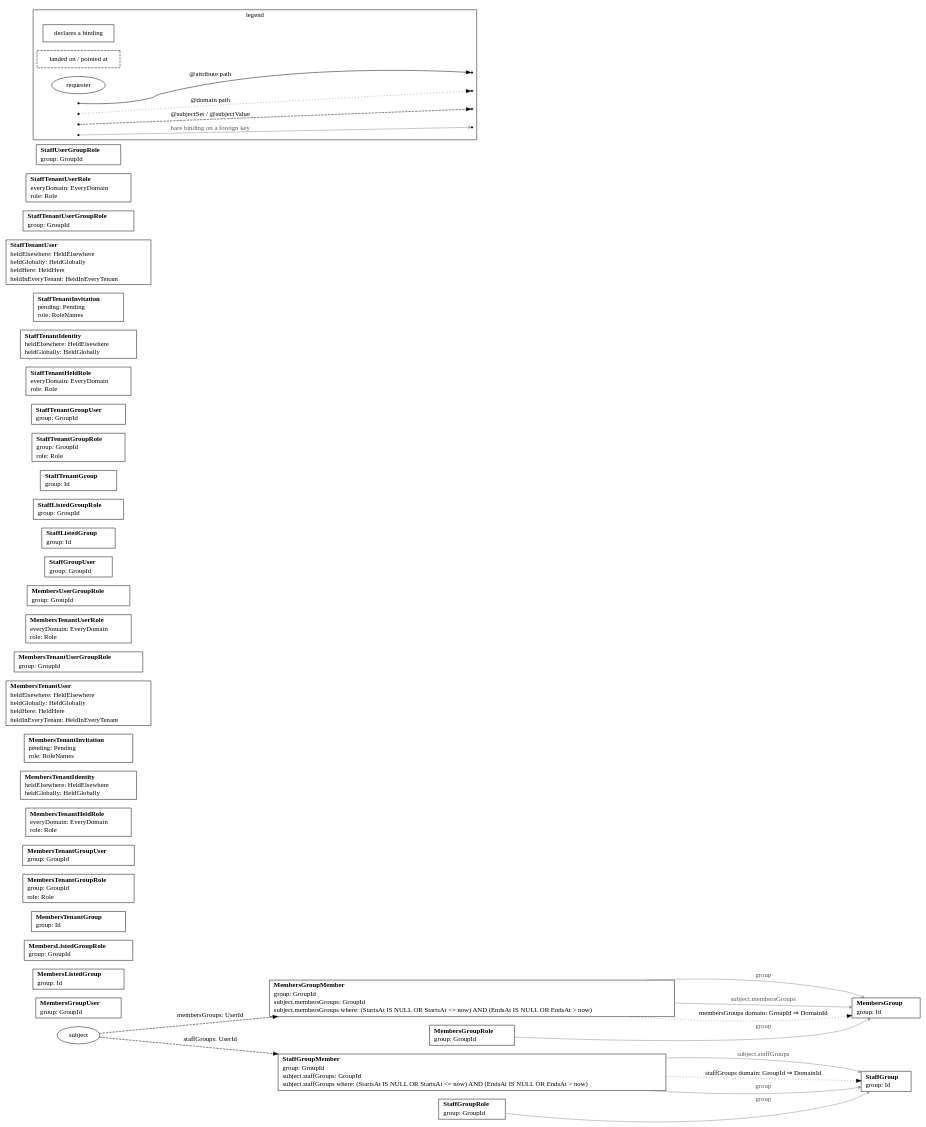
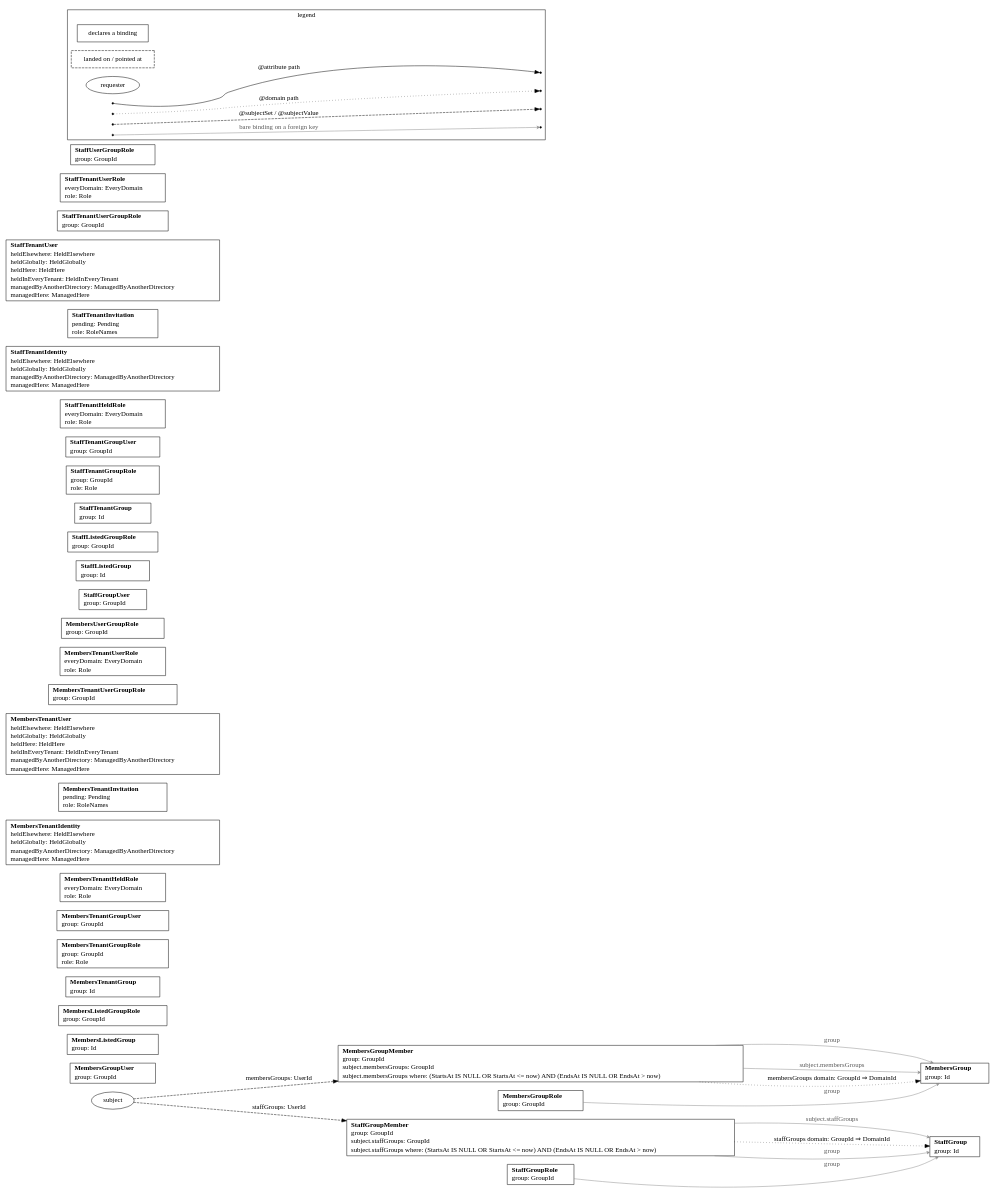
One commit to impulseframework/impulse changed the diagram in cmd/impulse/internal/skeleton/_candidates/outlets/pkg/resources/zz_gen_bindings.dot. Above: the diagram before and after it, drawn with Graphviz. The commit also changed 145 other files, not shown here.

Commit message:
feature: a tenant's lists say whether the tenant manages each account, and a tenant with a directory lists everyone who signs in through it

```diff
--- a/cmd/impulse/internal/skeleton/_candidates/outlets/pkg/resources/zz_gen_bindings.dot
+++ b/cmd/impulse/internal/skeleton/_candidates/outlets/pkg/resources/zz_gen_bindings.dot
@@ -1,83 +1,83 @@
 // Code generated by resourcegeneration. DO NOT EDIT.
 // Bindings: every attribute and subject binding this package declares. A box per
 // declaring resource lists its bare bindings as `name: column`; dashed boxes are
 // the tables a path lands on or a foreign key points at; the subject ellipse is
 // the requester, entering each anchor once with every name it yields there. One
 // edge per hop, drawn once however many paths share it: solid for @attribute,
 // dotted for @domain, dashed for a subject binding, labeled `name: column` on a
 // continuing hop and `name: column ⇒ column` where the path terminates; a thin
 // gray edge points a bare binding on a foreign key at its table. Facts only: no
 // grant or condition is drawn.
 // A subject set that writes a who: or a where: part lists each under the set, in
 // the columns' names: who: says which rows are the requester's, where: which of
 // those rows count. A set that builds on another is a dashed edge from the
 // resource declaring that other set, labeled `name: column IN subject.other`.
 // A subject set that writes a domain: part says where its rows' tenant is found,
 // and in a request with a tenant the set holds that tenant's rows alone. The path
 // is drawn dotted, as @domain's is, under the set's name: `name domain: column` on
 // a continuing hop and `name domain: column ⇒ column` where it reads the tenant.
 digraph Bindings {
 	rankdir=LR;
 	node [shape=box];
 	"MembersGroup" [label=<<table border="0" cellborder="0" cellspacing="0" cellpadding="1"><tr><td align="left"><b>MembersGroup</b></td></tr><tr><td align="left">group: Id</td></tr></table>>];
 	"MembersGroupMember" [label=<<table border="0" cellborder="0" cellspacing="0" cellpadding="1"><tr><td align="left"><b>MembersGroupMember</b></td></tr><tr><td align="left">group: GroupId</td></tr><tr><td align="left">subject.membersGroups: GroupId</td></tr><tr><td align="left">subject.membersGroups where: (StartsAt IS NULL OR StartsAt &lt;= now) AND (EndsAt IS NULL OR EndsAt &gt; now)</td></tr></table>>];
 	"MembersGroupRole" [label=<<table border="0" cellborder="0" cellspacing="0" cellpadding="1"><tr><td align="left"><b>MembersGroupRole</b></td></tr><tr><td align="left">group: GroupId</td></tr></table>>];
 	"MembersGroupUser" [label=<<table border="0" cellborder="0" cellspacing="0" cellpadding="1"><tr><td align="left"><b>MembersGroupUser</b></td></tr><tr><td align="left">group: GroupId</td></tr></table>>];
 	"MembersListedGroup" [label=<<table border="0" cellborder="0" cellspacing="0" cellpadding="1"><tr><td align="left"><b>MembersListedGroup</b></td></tr><tr><td align="left">group: Id</td></tr></table>>];
 	"MembersListedGroupRole" [label=<<table border="0" cellborder="0" cellspacing="0" cellpadding="1"><tr><td align="left"><b>MembersListedGroupRole</b></td></tr><tr><td align="left">group: GroupId</td></tr></table>>];
 	"MembersTenantGroup" [label=<<table border="0" cellborder="0" cellspacing="0" cellpadding="1"><tr><td align="left"><b>MembersTenantGroup</b></td></tr><tr><td align="left">group: Id</td></tr></table>>];
 	"MembersTenantGroupRole" [label=<<table border="0" cellborder="0" cellspacing="0" cellpadding="1"><tr><td align="left"><b>MembersTenantGroupRole</b></td></tr><tr><td align="left">group: GroupId</td></tr><tr><td align="left">role: Role</td></tr></table>>];
 	"MembersTenantGroupUser" [label=<<table border="0" cellborder="0" cellspacing="0" cellpadding="1"><tr><td align="left"><b>MembersTenantGroupUser</b></td></tr><tr><td align="left">group: GroupId</td></tr></table>>];
 	"MembersTenantHeldRole" [label=<<table border="0" cellborder="0" cellspacing="0" cellpadding="1"><tr><td align="left"><b>MembersTenantHeldRole</b></td></tr><tr><td align="left">everyDomain: EveryDomain</td></tr><tr><td align="left">role: Role</td></tr></table>>];
-	"MembersTenantIdentity" [label=<<table border="0" cellborder="0" cellspacing="0" cellpadding="1"><tr><td align="left"><b>MembersTenantIdentity</b></td></tr><tr><td align="left">heldElsewhere: HeldElsewhere</td></tr><tr><td align="left">heldGlobally: HeldGlobally</td></tr></table>>];
+	"MembersTenantIdentity" [label=<<table border="0" cellborder="0" cellspacing="0" cellpadding="1"><tr><td align="left"><b>MembersTenantIdentity</b></td></tr><tr><td align="left">heldElsewhere: HeldElsewhere</td></tr><tr><td align="left">heldGlobally: HeldGlobally</td></tr><tr><td align="left">managedByAnotherDirectory: ManagedByAnotherDirectory</td></tr><tr><td align="left">managedHere: ManagedHere</td></tr></table>>];
 	"MembersTenantInvitation" [label=<<table border="0" cellborder="0" cellspacing="0" cellpadding="1"><tr><td align="left"><b>MembersTenantInvitation</b></td></tr><tr><td align="left">pending: Pending</td></tr><tr><td align="left">role: RoleNames</td></tr></table>>];
-	"MembersTenantUser" [label=<<table border="0" cellborder="0" cellspacing="0" cellpadding="1"><tr><td align="left"><b>MembersTenantUser</b></td></tr><tr><td align="left">heldElsewhere: HeldElsewhere</td></tr><tr><td align="left">heldGlobally: HeldGlobally</td></tr><tr><td align="left">heldHere: HeldHere</td></tr><tr><td align="left">heldInEveryTenant: HeldInEveryTenant</td></tr></table>>];
+	"MembersTenantUser" [label=<<table border="0" cellborder="0" cellspacing="0" cellpadding="1"><tr><td align="left"><b>MembersTenantUser</b></td></tr><tr><td align="left">heldElsewhere: HeldElsewhere</td></tr><tr><td align="left">heldGlobally: HeldGlobally</td></tr><tr><td align="left">heldHere: HeldHere</td></tr><tr><td align="left">heldInEveryTenant: HeldInEveryTenant</td></tr><tr><td align="left">managedByAnotherDirectory: ManagedByAnotherDirectory</td></tr><tr><td align="left">managedHere: ManagedHere</td></tr></table>>];
 	"MembersTenantUserGroupRole" [label=<<table border="0" cellborder="0" cellspacing="0" cellpadding="1"><tr><td align="left"><b>MembersTenantUserGroupRole</b></td></tr><tr><td align="left">group: GroupId</td></tr></table>>];
 	"MembersTenantUserRole" [label=<<table border="0" cellborder="0" cellspacing="0" cellpadding="1"><tr><td align="left"><b>MembersTenantUserRole</b></td></tr><tr><td align="left">everyDomain: EveryDomain</td></tr><tr><td align="left">role: Role</td></tr></table>>];
 	"MembersUserGroupRole" [label=<<table border="0" cellborder="0" cellspacing="0" cellpadding="1"><tr><td align="left"><b>MembersUserGroupRole</b></td></tr><tr><td align="left">group: GroupId</td></tr></table>>];
 	"StaffGroup" [label=<<table border="0" cellborder="0" cellspacing="0" cellpadding="1"><tr><td align="left"><b>StaffGroup</b></td></tr><tr><td align="left">group: Id</td></tr></table>>];
 	"StaffGroupMember" [label=<<table border="0" cellborder="0" cellspacing="0" cellpadding="1"><tr><td align="left"><b>StaffGroupMember</b></td></tr><tr><td align="left">group: GroupId</td></tr><tr><td align="left">subject.staffGroups: GroupId</td></tr><tr><td align="left">subject.staffGroups where: (StartsAt IS NULL OR StartsAt &lt;= now) AND (EndsAt IS NULL OR EndsAt &gt; now)</td></tr></table>>];
 	"StaffGroupRole" [label=<<table border="0" cellborder="0" cellspacing="0" cellpadding="1"><tr><td align="left"><b>StaffGroupRole</b></td></tr><tr><td align="left">group: GroupId</td></tr></table>>];
 	"StaffGroupUser" [label=<<table border="0" cellborder="0" cellspacing="0" cellpadding="1"><tr><td align="left"><b>StaffGroupUser</b></td></tr><tr><td align="left">group: GroupId</td></tr></table>>];
 	"StaffListedGroup" [label=<<table border="0" cellborder="0" cellspacing="0" cellpadding="1"><tr><td align="left"><b>StaffListedGroup</b></td></tr><tr><td align="left">group: Id</td></tr></table>>];
 	"StaffListedGroupRole" [label=<<table border="0" cellborder="0" cellspacing="0" cellpadding="1"><tr><td align="left"><b>StaffListedGroupRole</b></td></tr><tr><td align="left">group: GroupId</td></tr></table>>];
 	"StaffTenantGroup" [label=<<table border="0" cellborder="0" cellspacing="0" cellpadding="1"><tr><td align="left"><b>StaffTenantGroup</b></td></tr><tr><td align="left">group: Id</td></tr></table>>];
 	"StaffTenantGroupRole" [label=<<table border="0" cellborder="0" cellspacing="0" cellpadding="1"><tr><td align="left"><b>StaffTenantGroupRole</b></td></tr><tr><td align="left">group: GroupId</td></tr><tr><td align="left">role: Role</td></tr></table>>];
 	"StaffTenantGroupUser" [label=<<table border="0" cellborder="0" cellspacing="0" cellpadding="1"><tr><td align="left"><b>StaffTenantGroupUser</b></td></tr><tr><td align="left">group: GroupId</td></tr></table>>];
 	"StaffTenantHeldRole" [label=<<table border="0" cellborder="0" cellspacing="0" cellpadding="1"><tr><td align="left"><b>StaffTenantHeldRole</b></td></tr><tr><td align="left">everyDomain: EveryDomain</td></tr><tr><td align="left">role: Role</td></tr></table>>];
-	"StaffTenantIdentity" [label=<<table border="0" cellborder="0" cellspacing="0" cellpadding="1"><tr><td align="left"><b>StaffTenantIdentity</b></td></tr><tr><td align="left">heldElsewhere: HeldElsewhere</td></tr><tr><td align="left">heldGlobally: HeldGlobally</td></tr></table>>];
+	"StaffTenantIdentity" [label=<<table border="0" cellborder="0" cellspacing="0" cellpadding="1"><tr><td align="left"><b>StaffTenantIdentity</b></td></tr><tr><td align="left">heldElsewhere: HeldElsewhere</td></tr><tr><td align="left">heldGlobally: HeldGlobally</td></tr><tr><td align="left">managedByAnotherDirectory: ManagedByAnotherDirectory</td></tr><tr><td align="left">managedHere: ManagedHere</td></tr></table>>];
 	"StaffTenantInvitation" [label=<<table border="0" cellborder="0" cellspacing="0" cellpadding="1"><tr><td align="left"><b>StaffTenantInvitation</b></td></tr><tr><td align="left">pending: Pending</td></tr><tr><td align="left">role: RoleNames</td></tr></table>>];
-	"StaffTenantUser" [label=<<table border="0" cellborder="0" cellspacing="0" cellpadding="1"><tr><td align="left"><b>StaffTenantUser</b></td></tr><tr><td align="left">heldElsewhere: HeldElsewhere</td></tr><tr><td align="left">heldGlobally: HeldGlobally</td></tr><tr><td align="left">heldHere: HeldHere</td></tr><tr><td align="left">heldInEveryTenant: HeldInEveryTenant</td></tr></table>>];
+	"StaffTenantUser" [label=<<table border="0" cellborder="0" cellspacing="0" cellpadding="1"><tr><td align="left"><b>StaffTenantUser</b></td></tr><tr><td align="left">heldElsewhere: HeldElsewhere</td></tr><tr><td align="left">heldGlobally: HeldGlobally</td></tr><tr><td align="left">heldHere: HeldHere</td></tr><tr><td align="left">heldInEveryTenant: HeldInEveryTenant</td></tr><tr><td align="left">managedByAnotherDirectory: ManagedByAnotherDirectory</td></tr><tr><td align="left">managedHere: ManagedHere</td></tr></table>>];
 	"StaffTenantUserGroupRole" [label=<<table border="0" cellborder="0" cellspacing="0" cellpadding="1"><tr><td align="left"><b>StaffTenantUserGroupRole</b></td></tr><tr><td align="left">group: GroupId</td></tr></table>>];
 	"StaffTenantUserRole" [label=<<table border="0" cellborder="0" cellspacing="0" cellpadding="1"><tr><td align="left"><b>StaffTenantUserRole</b></td></tr><tr><td align="left">everyDomain: EveryDomain</td></tr><tr><td align="left">role: Role</td></tr></table>>];
 	"StaffUserGroupRole" [label=<<table border="0" cellborder="0" cellspacing="0" cellpadding="1"><tr><td align="left"><b>StaffUserGroupRole</b></td></tr><tr><td align="left">group: GroupId</td></tr></table>>];
 	"subject" [shape=ellipse];
 	"MembersGroupMember" -> "MembersGroup" [style=dotted, label="membersGroups domain: GroupId ⇒ DomainId"];
 	"StaffGroupMember" -> "StaffGroup" [style=dotted, label="staffGroups domain: GroupId ⇒ DomainId"];
 	"subject" -> "MembersGroupMember" [style=dashed, label="membersGroups: UserId"];
 	"subject" -> "StaffGroupMember" [style=dashed, label="staffGroups: UserId"];
 	"MembersGroupMember" -> "MembersGroup" [color=gray55, fontcolor=gray35, arrowhead=vee, arrowsize=0.6, label="group"];
 	"MembersGroupMember" -> "MembersGroup" [color=gray55, fontcolor=gray35, arrowhead=vee, arrowsize=0.6, label="subject.membersGroups"];
 	"MembersGroupRole" -> "MembersGroup" [color=gray55, fontcolor=gray35, arrowhead=vee, arrowsize=0.6, label="group"];
 	"StaffGroupMember" -> "StaffGroup" [color=gray55, fontcolor=gray35, arrowhead=vee, arrowsize=0.6, label="group"];
 	"StaffGroupMember" -> "StaffGroup" [color=gray55, fontcolor=gray35, arrowhead=vee, arrowsize=0.6, label="subject.staffGroups"];
 	"StaffGroupRole" -> "StaffGroup" [color=gray55, fontcolor=gray35, arrowhead=vee, arrowsize=0.6, label="group"];
 	subgraph cluster_legend {
 		label="legend";
 		"declares a binding" [shape=box];
 		"landed on / pointed at" [shape=box, style=dashed];
 		"requester" [shape=ellipse];
 		"legend:attribute" [shape=point];
 		"legend:attribute:to" [shape=point];
 		"legend:domain" [shape=point];
 		"legend:domain:to" [shape=point];
 		"legend:subject" [shape=point];
 		"legend:subject:to" [shape=point];
 		"legend:reference" [shape=point];
 		"legend:reference:to" [shape=point];
 		"legend:attribute" -> "legend:attribute:to" [label="@attribute path"];
 		"legend:domain" -> "legend:domain:to" [style=dotted, label="@domain path"];
 		"legend:subject" -> "legend:subject:to" [style=dashed, label="@subjectSet / @subjectValue"];
 		"legend:reference" -> "legend:reference:to" [color=gray55, fontcolor=gray35, arrowhead=vee, arrowsize=0.6, label="bare binding on a foreign key"];
 	}
 }
```
